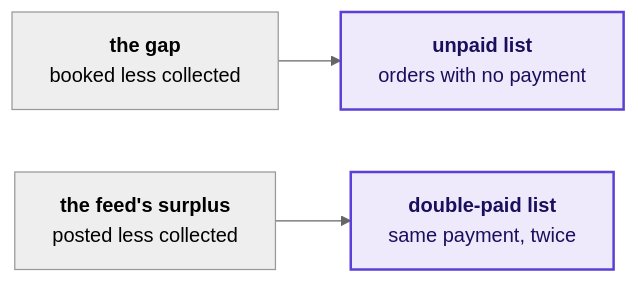
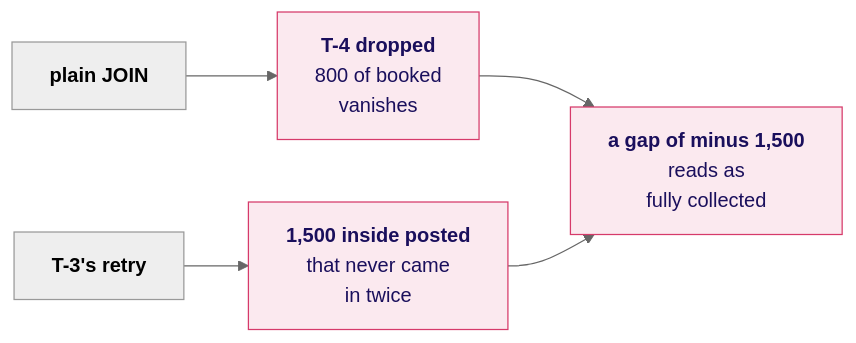
One commit to fde-academy-lab/c2-content-factory changed diagram 15 of 25 in content/W02/D2/slides/C2_W02_D02_half1_STUDENT.md. Above: the diagram before and after it, drawn with Mermaid (neutral theme). The commit also changed other lines of this file and 11 other files, not shown here.

````diff
--- a/content/W02/D2/slides/C2_W02_D02_half1_STUDENT.md
+++ b/content/W02/D2/slides/C2_W02_D02_half1_STUDENT.md
@@ -729,7 +1088,9 @@
 ```mermaid
 flowchart LR
-    G["<b>the gap</b><br/>booked less collected"] --> U["<b>unpaid list</b><br/>orders with no payment"]
-    F["<b>the feed's surplus</b><br/>posted less collected"] --> D["<b>double-paid list</b><br/>same payment, twice"]
-    classDef known fill:#EEEAFB,stroke:#5B3FD6,color:#1A0F5C,stroke-width:2px
-    class U,D known
+    J["<b>plain JOIN</b>"] --> D["<b>T-4 dropped</b><br/>800 of booked<br/>vanishes"]
+    R["<b>T-3's retry</b>"] --> P["<b>1,500 inside posted</b><br/>that never came<br/>in twice"]
+    D --> G["<b>a gap of minus 1,500</b><br/>reads as<br/>fully collected"]
+    P --> G
+    classDef bad fill:#FBE9EF,stroke:#D63A6A,color:#1A0F5C
+    class D,P,G bad
 ```
````
